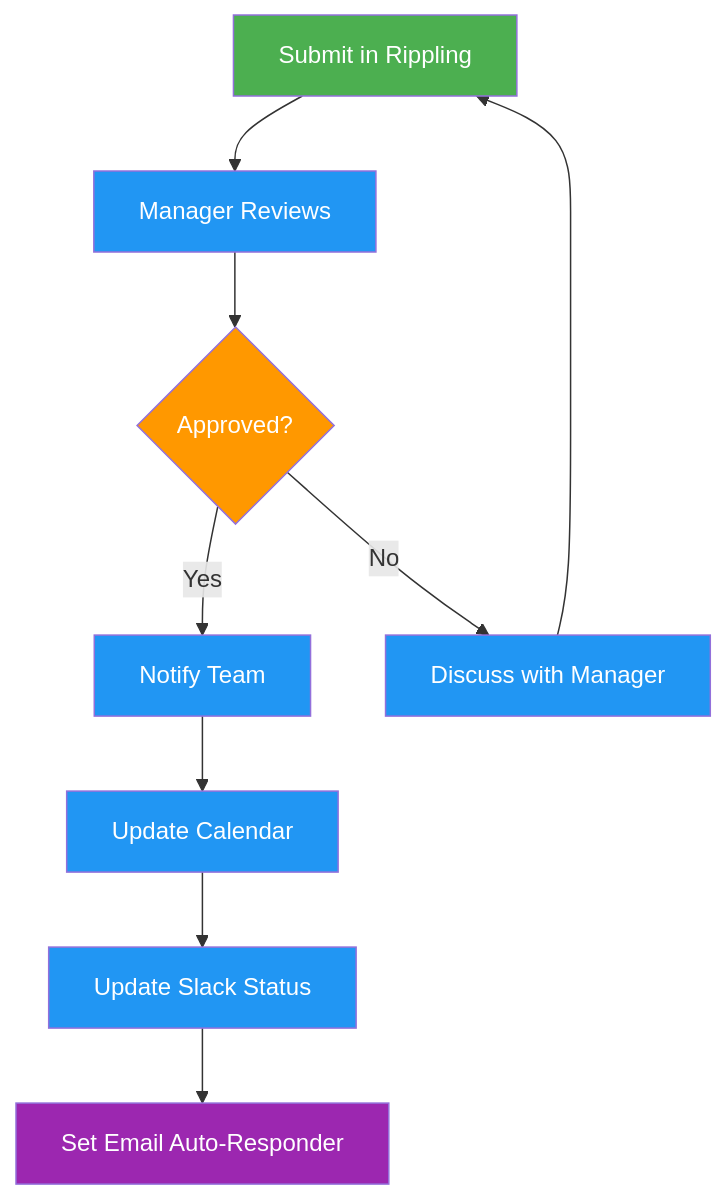
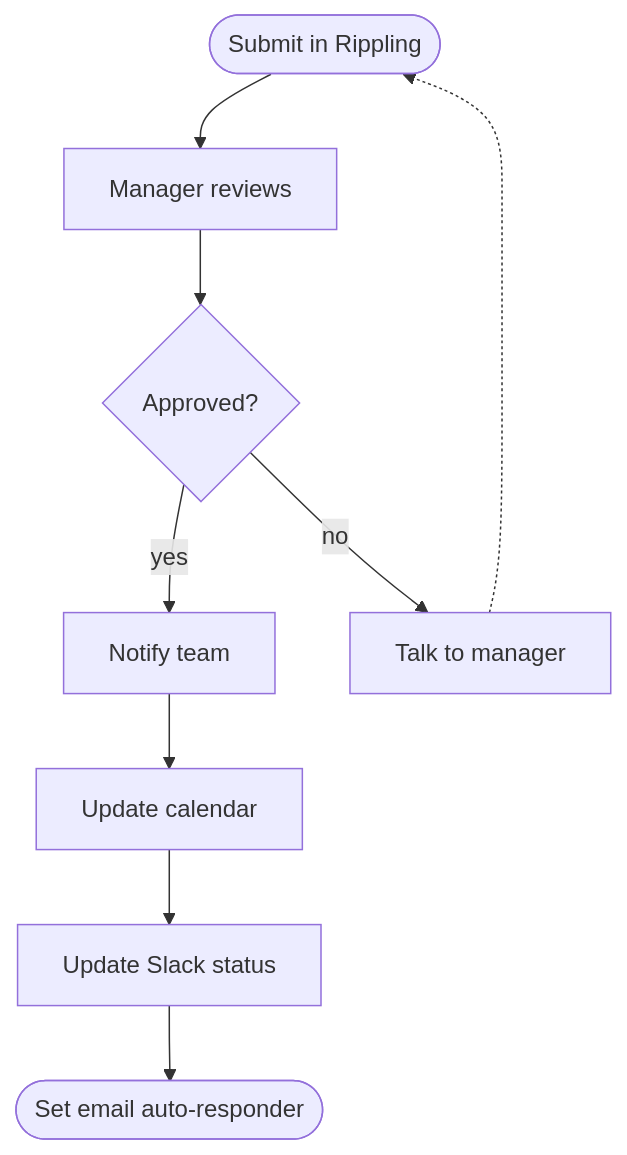
One commit to ultralytics/handbook changed the second of 2 diagrams in docs/en/people/pto-policy.md. Above: the diagram before and after it, drawn with Mermaid. The commit also changed other lines of this file and 16 other files, not shown here.

Commit message:
Migrate handbook Mermaid diagrams to the unified design system (#363)

````diff
--- a/docs/en/people/pto-policy.md
+++ b/docs/en/people/pto-policy.md
@@ -174,16 +169,11 @@
 ```mermaid
 flowchart TD
-    A[Submit in Rippling]:::start --> B[Manager Reviews]:::proc
-    B --> C{Approved?}:::decide
-    C -->|Yes| D[Notify Team]:::proc
-    D --> E[Update Calendar]:::proc
-    E --> F[Update Slack Status]:::proc
-    F --> G[Set Email Auto-Responder]:::out
-    C -->|No| H[Discuss with Manager]:::proc
-    H --> A
-
-    classDef start fill:#4CAF50,color:#fff
-    classDef proc fill:#2196F3,color:#fff
-    classDef decide fill:#FF9800,color:#fff
-    classDef out fill:#9C27B0,color:#fff
+    A([Submit in Rippling]) --> B[Manager reviews]
+    B --> C{Approved?}
+    C -->|yes| D[Notify team]
+    D --> E[Update calendar]
+    E --> F[Update Slack status]
+    F --> G([Set email auto-responder])
+    C -->|no| H[Talk to manager]
+    H -.-> A
 ```
````
